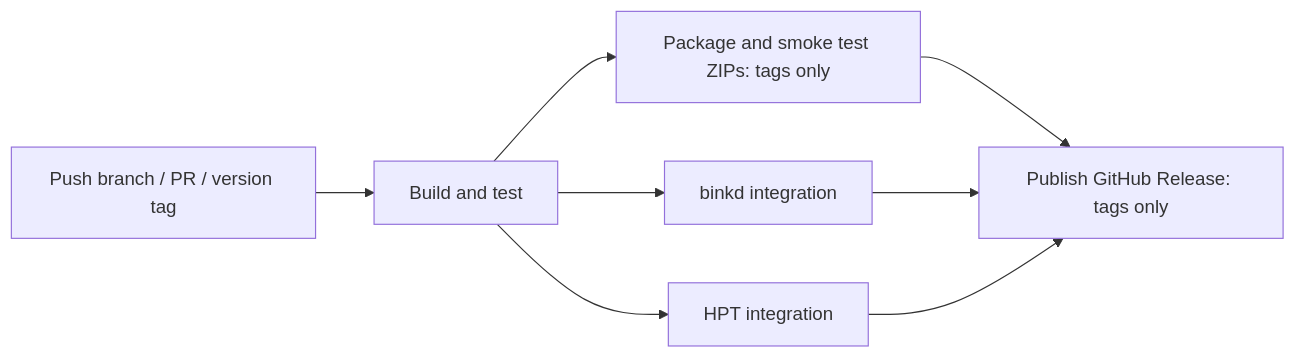
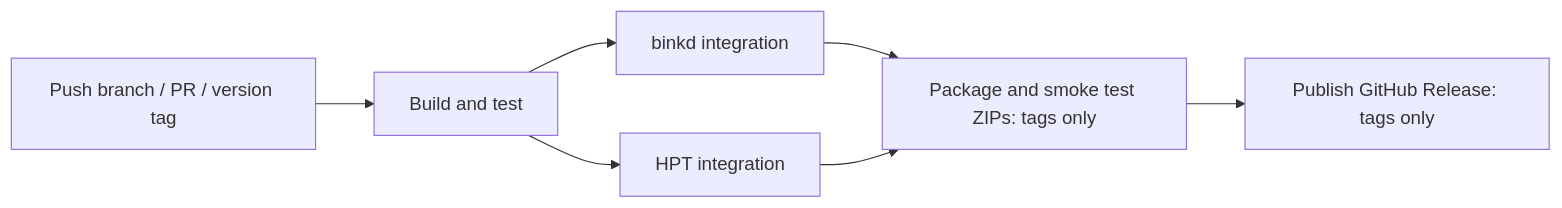
One commit to vkravets/Fido4Java changed the diagram in docs/distributions.md. Above: the diagram before and after it, drawn with Mermaid. The commit also changed other lines of this file and 1 other file, not shown here.

Commit message:
Made release packaging wait for both integration suites

````diff
--- a/docs/distributions.md
+++ b/docs/distributions.md
@@ -80,10 +80,9 @@
 ```mermaid
 flowchart LR
     event[Push branch / PR / version tag] --> build[Build and test]
-    build --> package[Package and smoke test ZIPs: tags only]
     build --> binkd[binkd integration]
     build --> hpt[HPT integration]
+    binkd --> package[Package and smoke test ZIPs: tags only]
+    hpt --> package
     package --> publish[Publish GitHub Release: tags only]
-    binkd --> publish
-    hpt --> publish
 ```
````
